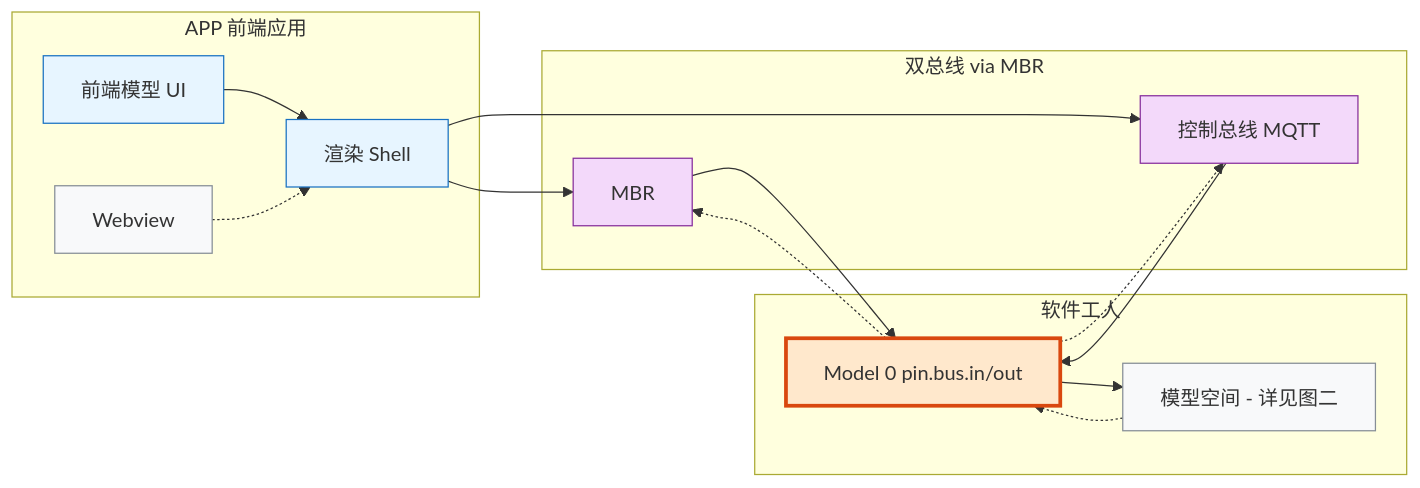
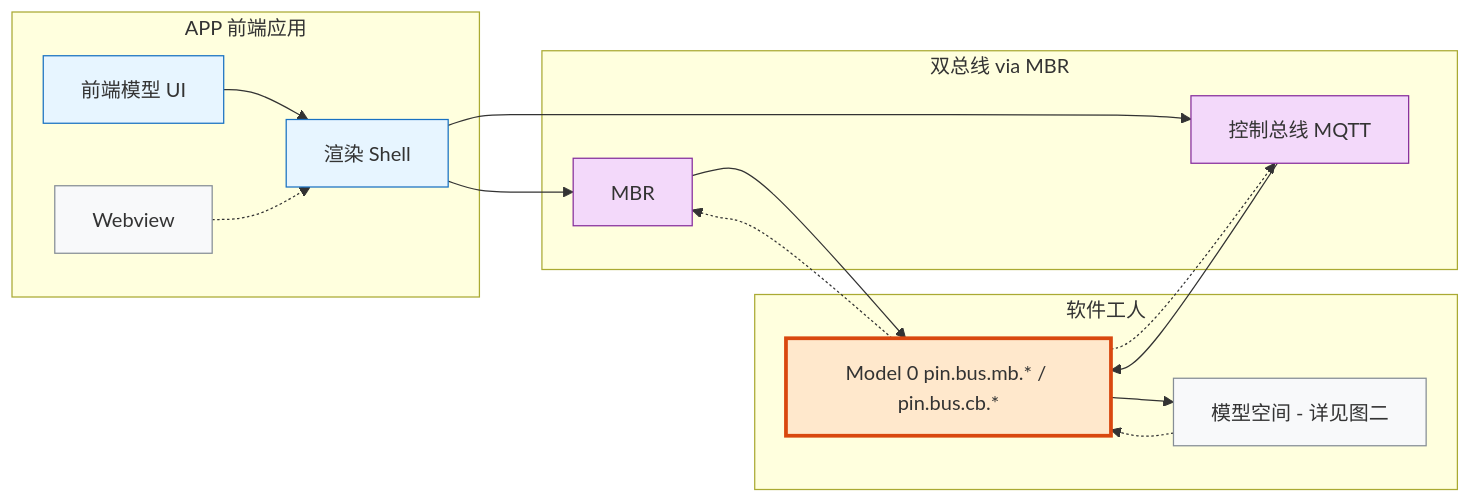
Before and after one commit to drooop/dongyu_js_core: the first of 2 diagrams in docs/ssot/ui_model_pin_routing_architecture.md, drawn with Mermaid. The commit also changed other lines of this file and 59 other files, not shown here.

````diff
--- a/docs/ssot/ui_model_pin_routing_architecture.md
+++ b/docs/ssot/ui_model_pin_routing_architecture.md
@@ -40,37 +40,37 @@
 ```mermaid
 graph LR
     subgraph app["APP 前端应用"]
         fm["前端模型 UI"]
         shell["渲染 Shell"]
         wv["Webview"]
         fm --> shell
         wv -.-> shell
     end
 
     subgraph bus["双总线 via MBR"]
         mgmt["MBR"]
         ctrl["控制总线 MQTT"]
     end
 
     subgraph sw["软件工人"]
-        m0["Model 0 pin.bus.in/out"]
+    m0["Model 0 pin.bus.mb.* / pin.bus.cb.*"]
         ms["模型空间 - 详见图二"]
     end
 
     shell --> mgmt
     shell --> ctrl
     mgmt --> m0
     ctrl --> m0
     m0 --> ms
     ms -.-> m0
     m0 -.-> mgmt
     m0 -.-> ctrl
 
     style m0 fill:#ffe8cc,stroke:#d9480f,stroke-width:3px,color:#333
     style ms fill:#f8f9fa,stroke:#868e96,color:#333
     style shell fill:#e7f5ff,stroke:#1971c2,color:#333
     style fm fill:#e7f5ff,stroke:#1971c2,color:#333
     style wv fill:#f8f9fa,stroke:#868e96,color:#333
     style mgmt fill:#f3d9fa,stroke:#862e9c,color:#333
     style ctrl fill:#f3d9fa,stroke:#862e9c,color:#333
 ```
````
